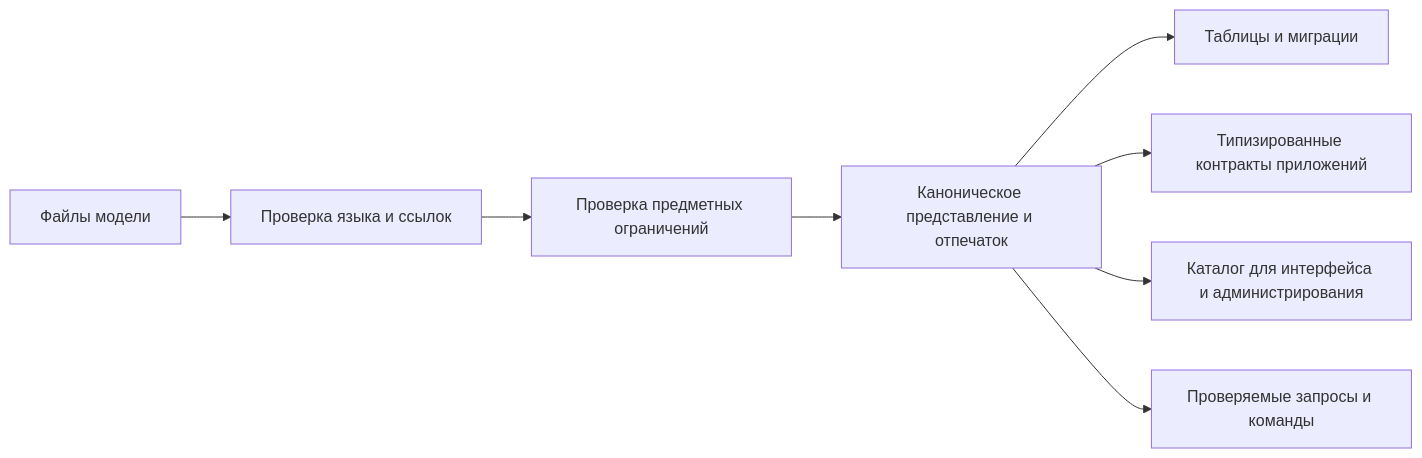
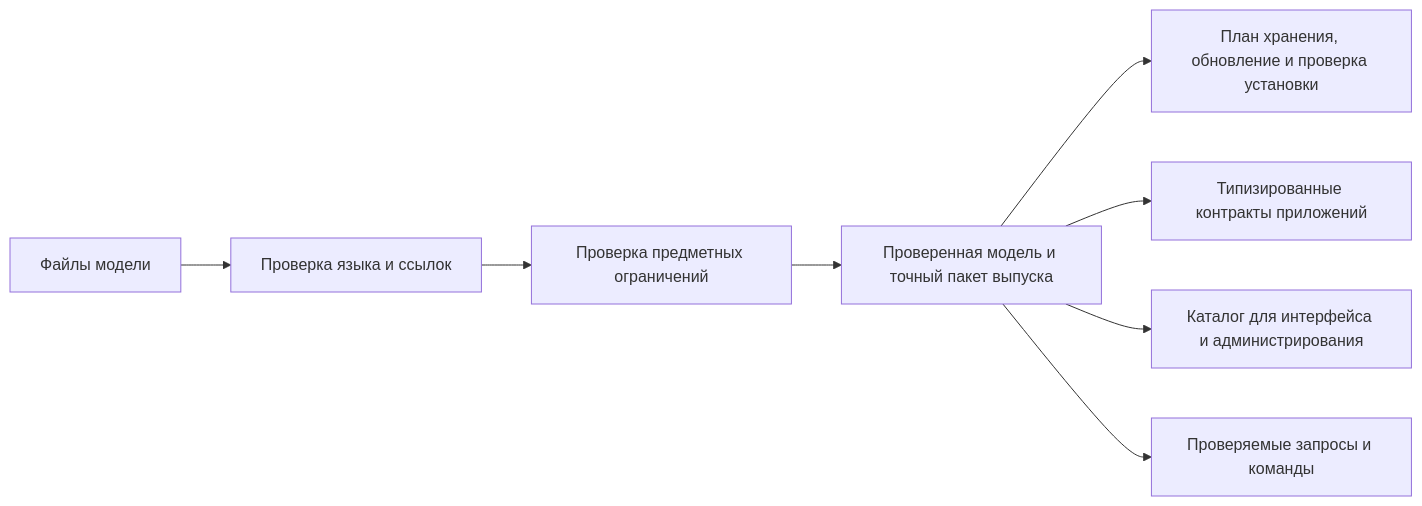
Before and after one commit to ZelAnton/Interlink-product-book: the diagram in docs/data-structure/03-dsl-product-language.md, drawn with Mermaid. The commit also changed other lines of this file and 231 other files, not shown here.

````diff
--- a/docs/data-structure/03-dsl-product-language.md
+++ b/docs/data-structure/03-dsl-product-language.md
@@ -9,10 +11,10 @@
 ```mermaid
 flowchart LR
     A["Файлы модели"] --> B["Проверка языка и ссылок"]
     B --> C["Проверка предметных ограничений"]
-    C --> D["Каноническое представление и отпечаток"]
-    D --> E["Таблицы и миграции"]
+    C --> D["Проверенная модель и точный пакет выпуска"]
+    D --> E["План хранения, обновление и проверка установки"]
     D --> F["Типизированные контракты приложений"]
     D --> G["Каталог для интерфейса и администрирования"]
     D --> H["Проверяемые запросы и команды"]
 ```
````
